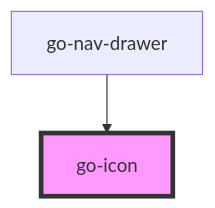
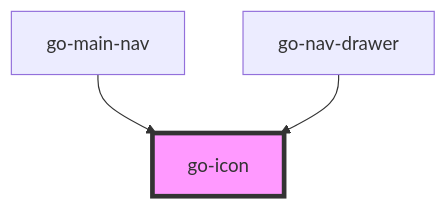
One commit to getgoui/go-ui changed the diagram in src/components/go-icon/readme.md. Above: the diagram before and after it, drawn with Mermaid. The commit also changed other lines of this file and 9 other files, not shown here.

````diff
--- a/src/components/go-icon/readme.md
+++ b/src/components/go-icon/readme.md
@@ -23,5 +24,6 @@
 ```mermaid
 graph TD;
+  go-main-nav --> go-icon
   go-nav-drawer --> go-icon
   style go-icon fill:#f9f,stroke:#333,stroke-width:4px
 ```
````
